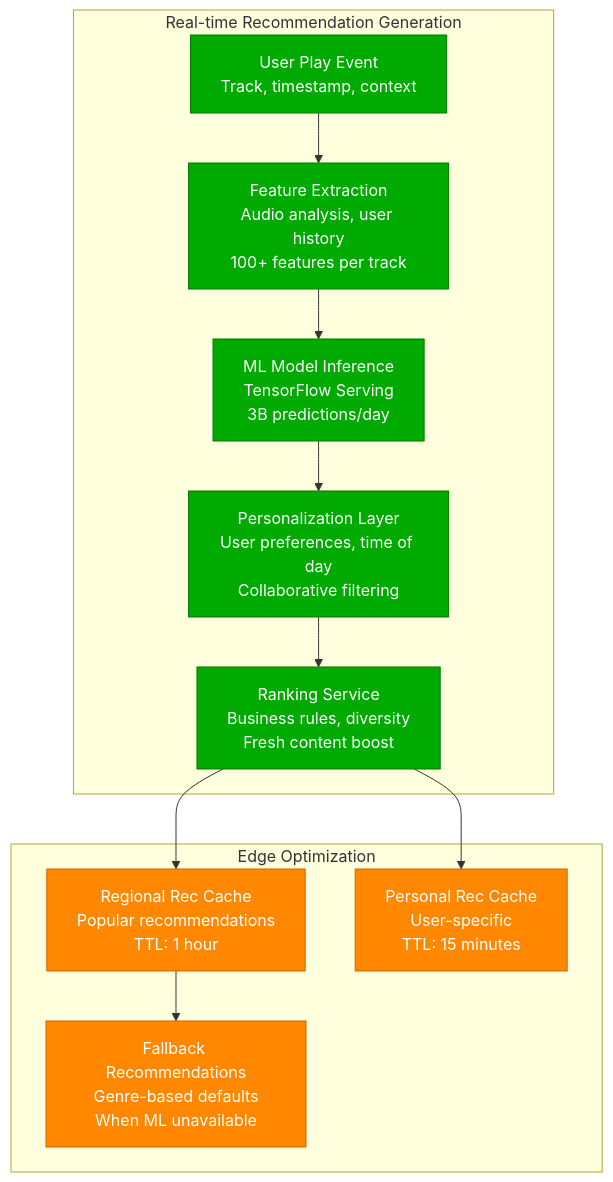
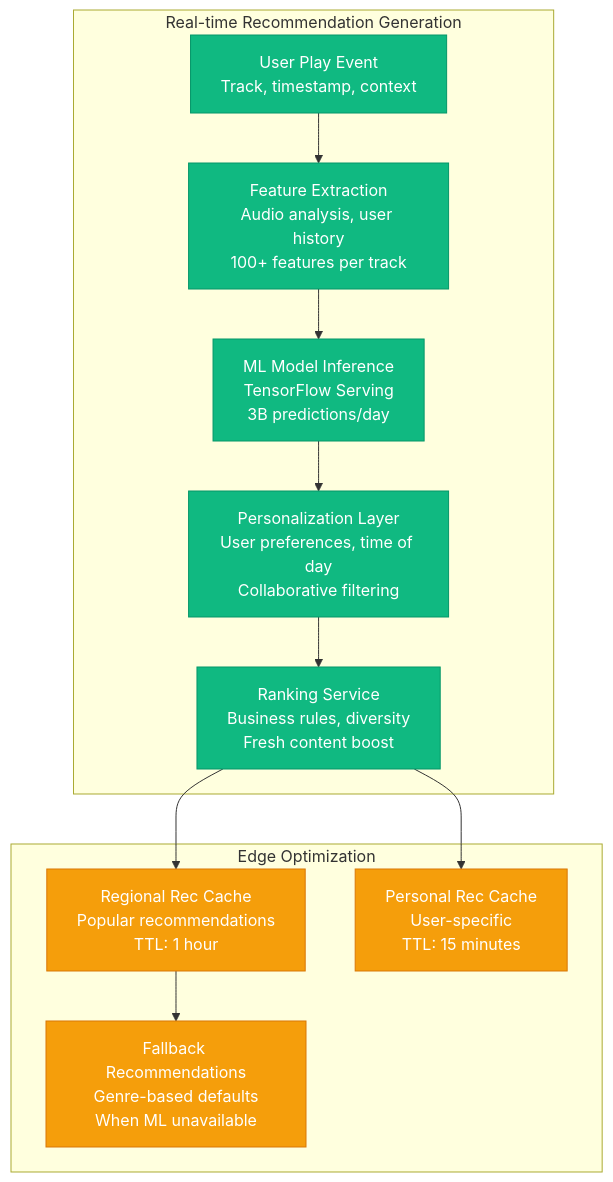
One commit to deepaucksharma/DS changed the second of 2 diagrams in site/docs/systems/spotify/request-flow.md. Above: the diagram before and after it, drawn with Mermaid. The commit also changed 303 other files, not shown here.

````diff
--- a/site/docs/systems/spotify/request-flow.md
+++ b/site/docs/systems/spotify/request-flow.md
@@ -113,30 +113,30 @@
 ```mermaid
 graph TB
     subgraph RecommendationPipeline[Real-time Recommendation Generation]
         UserEvent[User Play Event<br/>Track, timestamp, context]
         FeatureExtractor[Feature Extraction<br/>Audio analysis, user history<br/>100+ features per track]
         MLModel[ML Model Inference<br/>TensorFlow Serving<br/>3B predictions/day]
         Personalization[Personalization Layer<br/>User preferences, time of day<br/>Collaborative filtering]
         RankingService[Ranking Service<br/>Business rules, diversity<br/>Fresh content boost]
     end
 
     subgraph EdgeOptimization[Edge Optimization]
         RegionalCache[Regional Rec Cache<br/>Popular recommendations<br/>TTL: 1 hour]
         PersonalCache[Personal Rec Cache<br/>User-specific<br/>TTL: 15 minutes]
         FallbackRecs[Fallback Recommendations<br/>Genre-based defaults<br/>When ML unavailable]
     end
 
     UserEvent --> FeatureExtractor
     FeatureExtractor --> MLModel
     MLModel --> Personalization
     Personalization --> RankingService
     RankingService --> RegionalCache
     RankingService --> PersonalCache
     RegionalCache --> FallbackRecs
 
-    classDef serviceStyle fill:#00AA00,stroke:#007700,color:#fff
-    classDef stateStyle fill:#FF8800,stroke:#CC6600,color:#fff
+    classDef serviceStyle fill:#10B981,stroke:#059669,color:#fff
+    classDef stateStyle fill:#F59E0B,stroke:#D97706,color:#fff
 
     class UserEvent,FeatureExtractor,MLModel,Personalization,RankingService serviceStyle
     class RegionalCache,PersonalCache,FallbackRecs stateStyle
 ```
````
